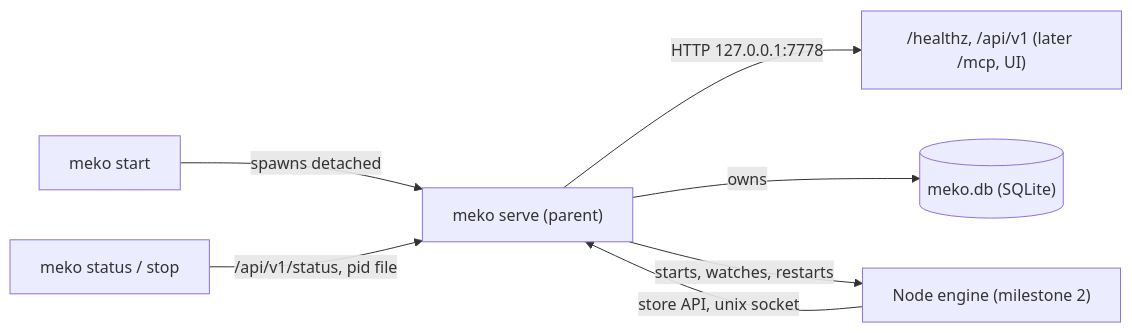
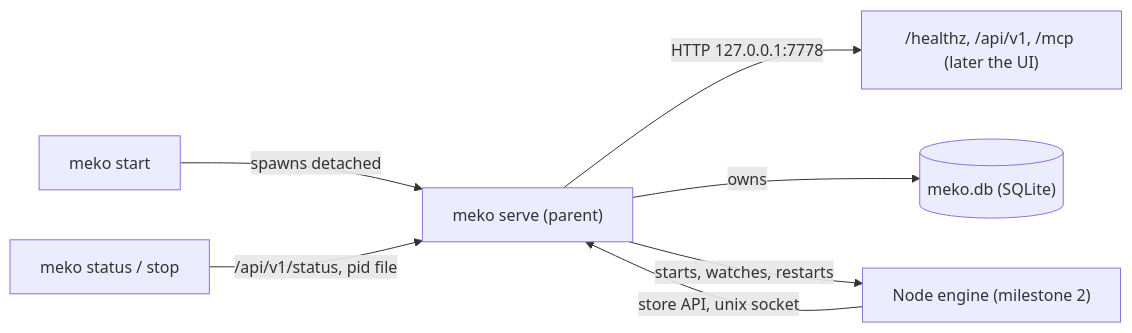
One commit to yugabyte/meko changed the diagram in backend/docs/design.md. Above: the diagram before and after it, drawn with Mermaid. The commit also changed other lines of this file and 15 other files, not shown here.

````diff
--- a/backend/docs/design.md
+++ b/backend/docs/design.md
@@ -70,9 +70,9 @@
 ```mermaid
 flowchart LR
   cli["meko start"] -->|spawns detached| serve["meko serve (parent)"]
-  serve -->|"HTTP 127.0.0.1:7778"| api["/healthz, /api/v1 (later /mcp, UI)"]
+  serve -->|"HTTP 127.0.0.1:7778"| api["/healthz, /api/v1, /mcp (later the UI)"]
   serve -->|"owns"| db[("meko.db (SQLite)")]
   serve -->|"starts, watches, restarts"| engine["Node engine (milestone 2)"]
   engine -->|"store API, unix socket"| serve
   status["meko status / stop"] -->|"/api/v1/status, pid file"| serve
 ```
````
